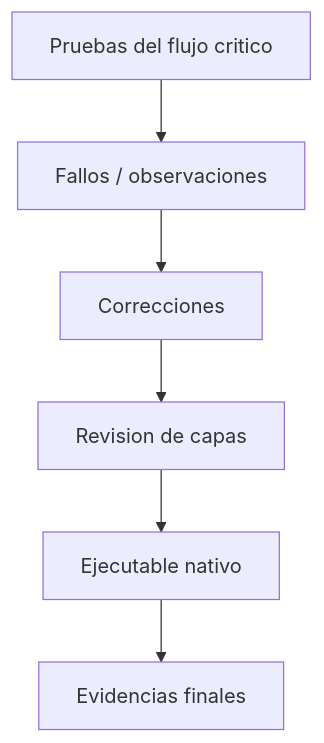
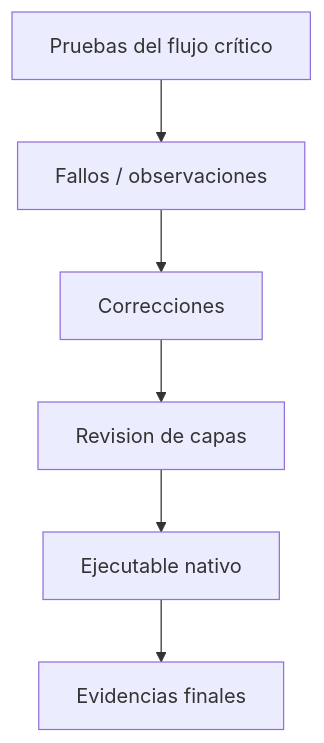
The diagram in docs/S14_Proyecto_Integrador_Refinamiento.md (262poo/comarket), drawn with Mermaid before and after one commit. The commit also changed other lines of this file and 20 other files, not shown here.

````diff
--- a/docs/S14_Proyecto_Integrador_Refinamiento.md
+++ b/docs/S14_Proyecto_Integrador_Refinamiento.md
@@ -59,15 +59,15 @@
 ```mermaid
 flowchart TB
-    Pruebas["Pruebas del flujo critico"]
+    Pruebas["Pruebas del flujo crítico"]
     Fallos["Fallos / observaciones"]
     Correccion["Correcciones"]
     Revision["Revision de capas"]
     Ejecutable["Ejecutable nativo"]
     Evidencias["Evidencias finales"]
 
     Pruebas --> Fallos
     Fallos --> Correccion
     Correccion --> Revision
     Revision --> Ejecutable
     Ejecutable --> Evidencias
 ```
````
